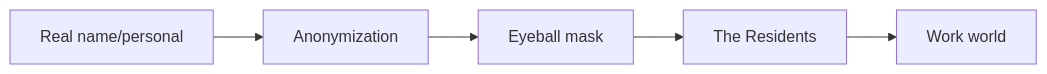
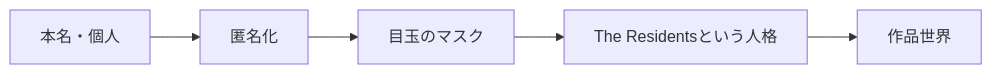
One commit to monumental-movement/monumental-movement.github.io changed the fourth of 17 diagrams in en/_posts/2026-07-06-column-angine-de-poitrine-the-residents.md. Above: the diagram before and after it, drawn with Mermaid. The commit also changed other lines of this file and 2196 other files, not shown here.

```diff
--- a/en/_posts/2026-07-06-column-angine-de-poitrine-the-residents.md
+++ b/en/_posts/2026-07-06-column-angine-de-poitrine-the-residents.md
@@ -489,14 +488,14 @@
 <div class="mermaid">
 flowchart LR
 
-A["Real name/personal"]
-B["Anonymization"]
-C["Eyeball mask"]
-D["The Residents"]
-E["Work world"]
+A["本名・個人"]
+B["匿名化"]
+C["目玉のマスク"]
+D["The Residentsという人格"]
+E["作品世界"]
 
 A --> B
 B --> C
 C --> D
 D --> E
 </div>
```
